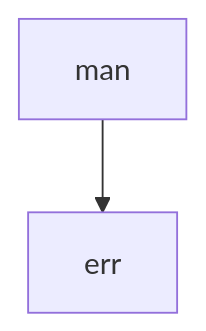
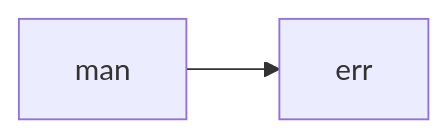
The fourth of 4 diagrams in doc/TCB.md (jeras/TCB), drawn with Mermaid before and after one commit. The commit also changed other lines of this file, not shown here.

````diff
--- a/doc/TCB.md
+++ b/doc/TCB.md
@@ -179,4 +179,4 @@
 ```mermaid
-flowchart TD
+flowchart LR
     man --> err
 ```
````
